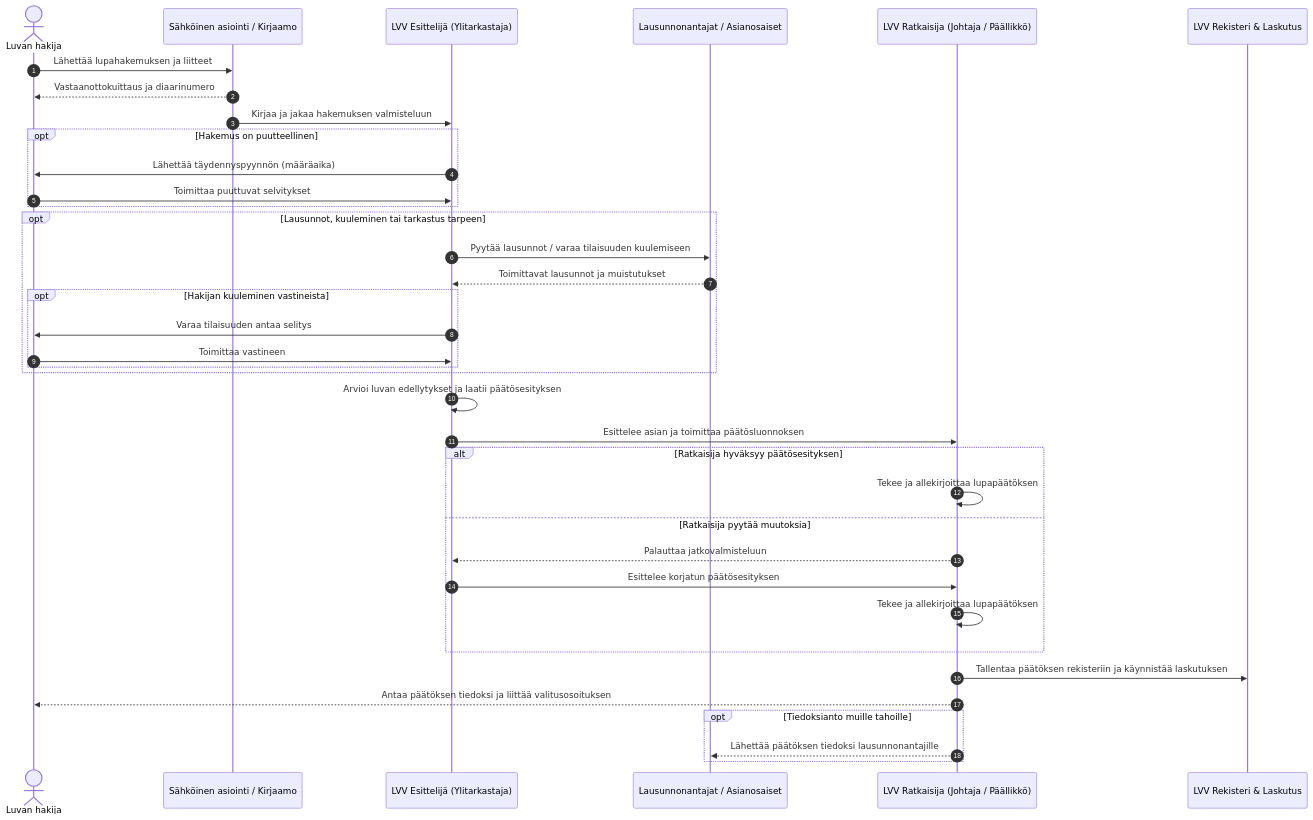
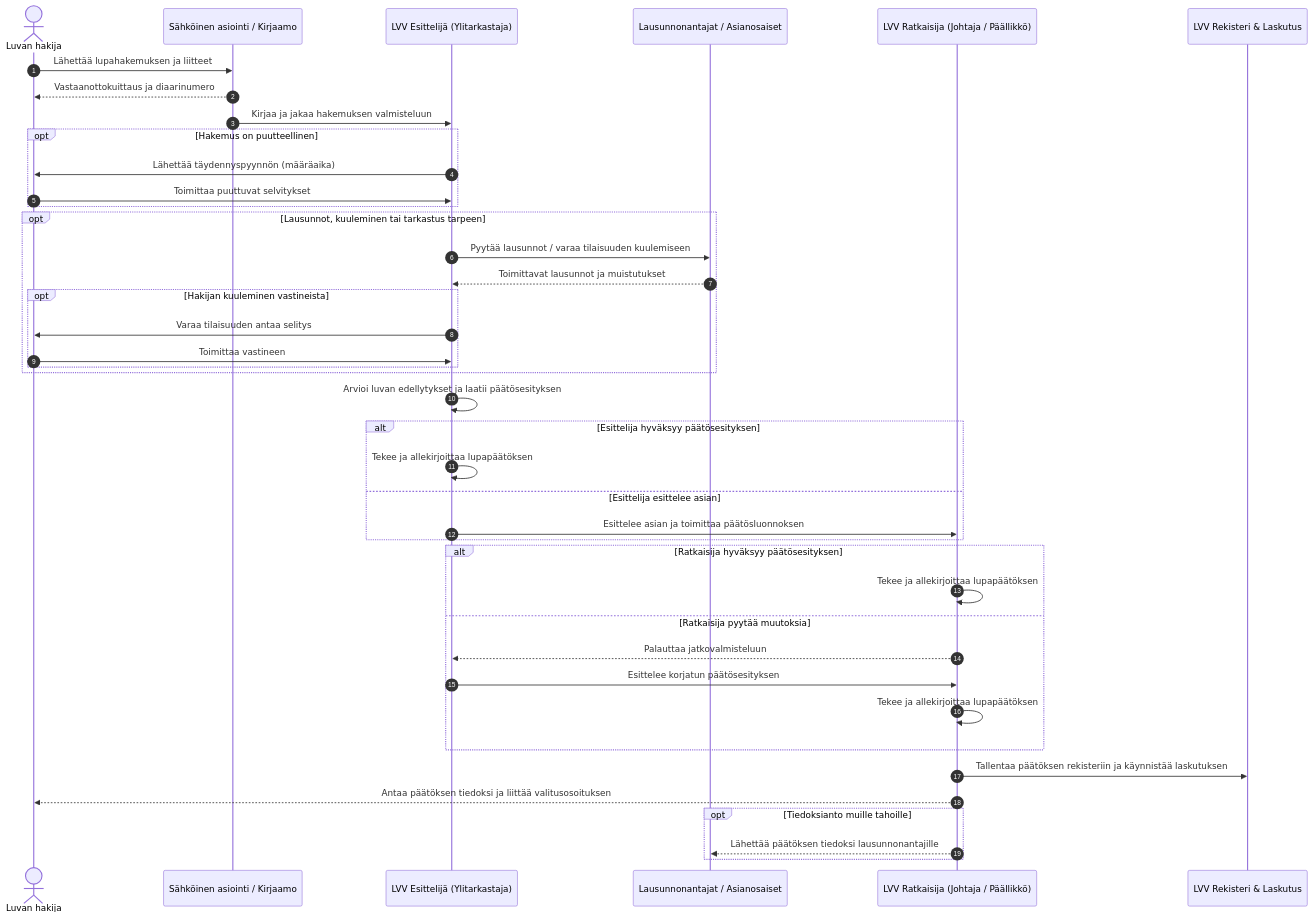
Before and after one commit to tnauar/LVV: the second of 2 diagrams in LVV_sekvenssit.md, drawn with Mermaid. The commit also changed other lines of this file, not shown here.

````diff
--- a/LVV_sekvenssit.md
+++ b/LVV_sekvenssit.md
@@ -69,45 +69,49 @@
 ```mermaid
 sequenceDiagram
     autonumber
     actor Hakija as Luvan hakija
     participant Asiointi as Sähköinen asiointi / Kirjaamo
     participant Esittelija as LVV Esittelijä (Ylitarkastaja)
     participant Sidosryhmat as Lausunnonantajat / Asianosaiset
     participant Ratkaisija as LVV Ratkaisija (Johtaja / Päällikkö)
     participant Rekisteri as LVV Rekisteri & Laskutus
 
     Hakija->>Asiointi: Lähettää lupahakemuksen ja liitteet
     Asiointi-->>Hakija: Vastaanottokuittaus ja diaarinumero
     Asiointi->>Esittelija: Kirjaa ja jakaa hakemuksen valmisteluun
 
     opt Hakemus on puutteellinen
         Esittelija->>Hakija: Lähettää täydennyspyynnön (määräaika)
         Hakija->>Esittelija: Toimittaa puuttuvat selvitykset
     end
 
     opt Lausunnot, kuuleminen tai tarkastus tarpeen
         Esittelija->>Sidosryhmat: Pyytää lausunnot / varaa tilaisuuden kuulemiseen
         Sidosryhmat-->>Esittelija: Toimittavat lausunnot ja muistutukset
         opt Hakijan kuuleminen vastineista
             Esittelija->>Hakija: Varaa tilaisuuden antaa selitys
             Hakija->>Esittelija: Toimittaa vastineen
         end
     end
 
     Esittelija->>Esittelija: Arvioi luvan edellytykset ja laatii päätösesityksen
-    Esittelija->>Ratkaisija: Esittelee asian ja toimittaa päätösluonnoksen
+    alt Esittelija hyväksyy päätösesityksen
+        Esittelija->>Esittelija: Tekee ja allekirjoittaa lupapäätöksen
+    else Esittelija esittelee asian 
+        Esittelija->>Ratkaisija: Esittelee asian ja toimittaa päätösluonnoksen
+    end
 
     alt Ratkaisija hyväksyy päätösesityksen
         Ratkaisija->>Ratkaisija: Tekee ja allekirjoittaa lupapäätöksen
     else Ratkaisija pyytää muutoksia
         Ratkaisija-->>Esittelija: Palauttaa jatkovalmisteluun
         Esittelija->>Ratkaisija: Esittelee korjatun päätösesityksen
         Ratkaisija->>Ratkaisija: Tekee ja allekirjoittaa lupapäätöksen
     end
 
     Ratkaisija->>Rekisteri: Tallentaa päätöksen rekisteriin ja käynnistää laskutuksen
     Ratkaisija-->>Hakija: Antaa päätöksen tiedoksi ja liittää valitusosoituksen
     opt Tiedoksianto muille tahoille
         Ratkaisija-->>Sidosryhmat: Lähettää päätöksen tiedoksi lausunnonantajille
     end
 ```
````
